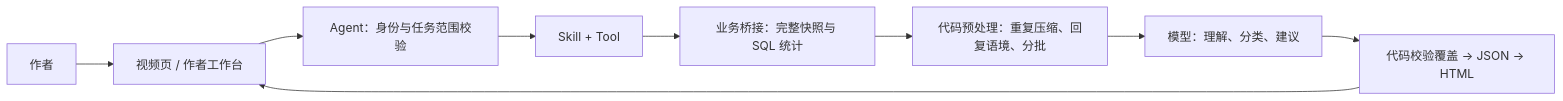
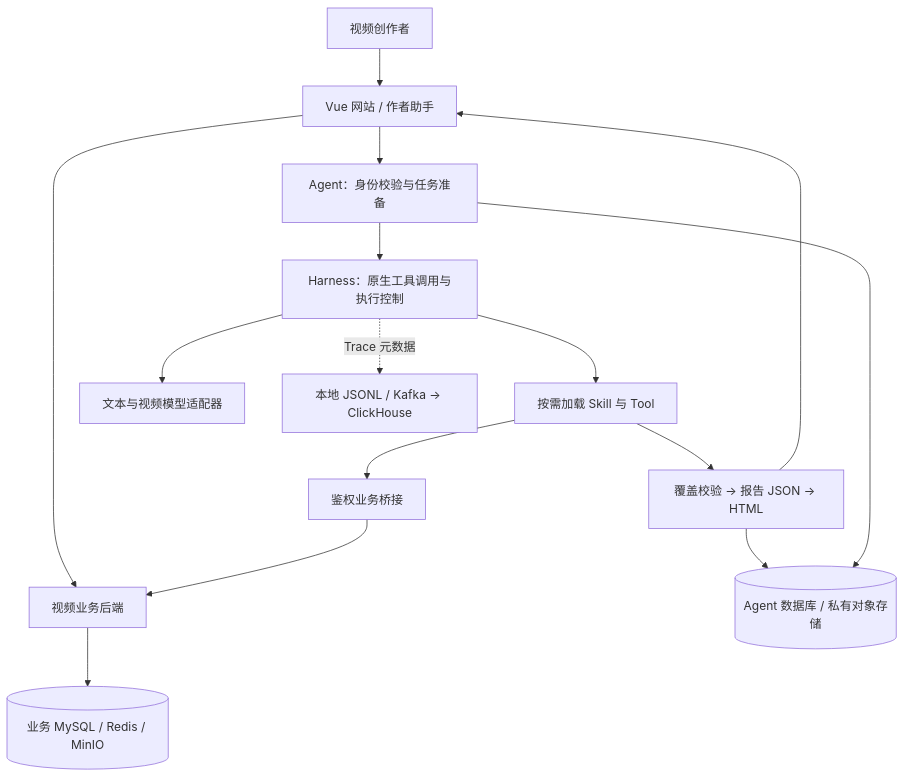
One commit to blackirlsama/Tianmu changed the diagram in README.md. Above: the diagram before and after it, drawn with Mermaid. The commit also changed other lines of this file, not shown here.

Commit message:
docs: revamp project README with onboarding and architecture

````diff
--- a/README.md
+++ b/README.md
@@ -37,11 +147,17 @@
 ```mermaid
-flowchart LR
-    Author[作者] --> Web[视频页 / 作者工作台]
-    Web --> Agent[Agent：身份与任务范围校验]
-    Agent --> Tools[Skill + Tool]
-    Tools --> Data[业务桥接：完整快照与 SQL 统计]
-    Data --> Code[代码预处理：重复压缩、回复语境、分批]
-    Code --> LLM[模型：理解、分类、建议]
-    LLM --> Report[代码校验覆盖 → JSON → HTML]
+flowchart TB
+    User[视频创作者] --> Web[Vue 网站 / 作者助手]
+    Web --> Business[视频业务后端]
+    Web --> Agent[Agent：身份校验与任务准备]
+    Agent --> Loop[Harness：原生工具调用与执行控制]
+    Loop --> Tools[按需加载 Skill 与 Tool]
+    Tools --> Bridge[鉴权业务桥接]
+    Bridge --> Business
+    Business --> BusinessStore[(业务 MySQL / Redis / MinIO)]
+    Loop --> Models[文本与视频模型适配器]
+    Tools --> Report[覆盖校验 → 报告 JSON → HTML]
+    Report --> PrivateStore[(Agent 数据库 / 私有对象存储)]
+    Agent --> PrivateStore
     Report --> Web
+    Loop -. Trace 元数据 .-> Trace[本地 JSONL / Kafka → ClickHouse]
 ```
````
